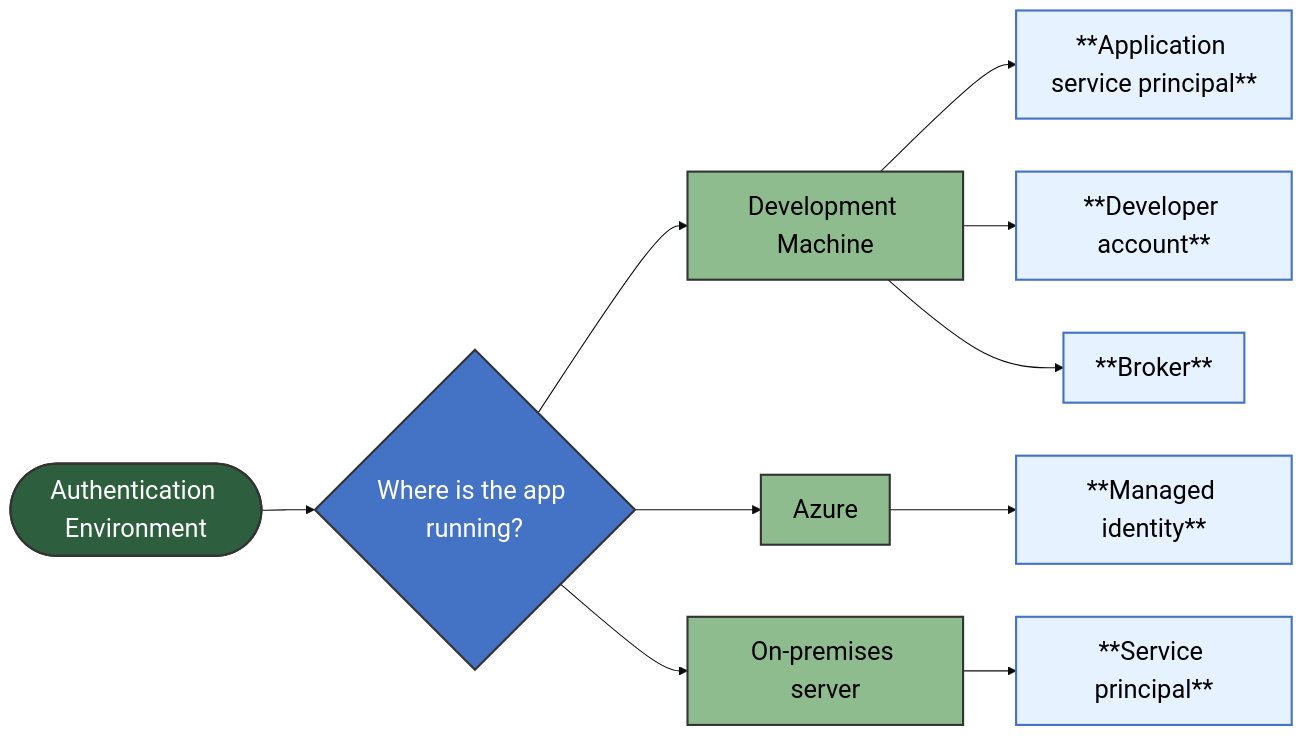
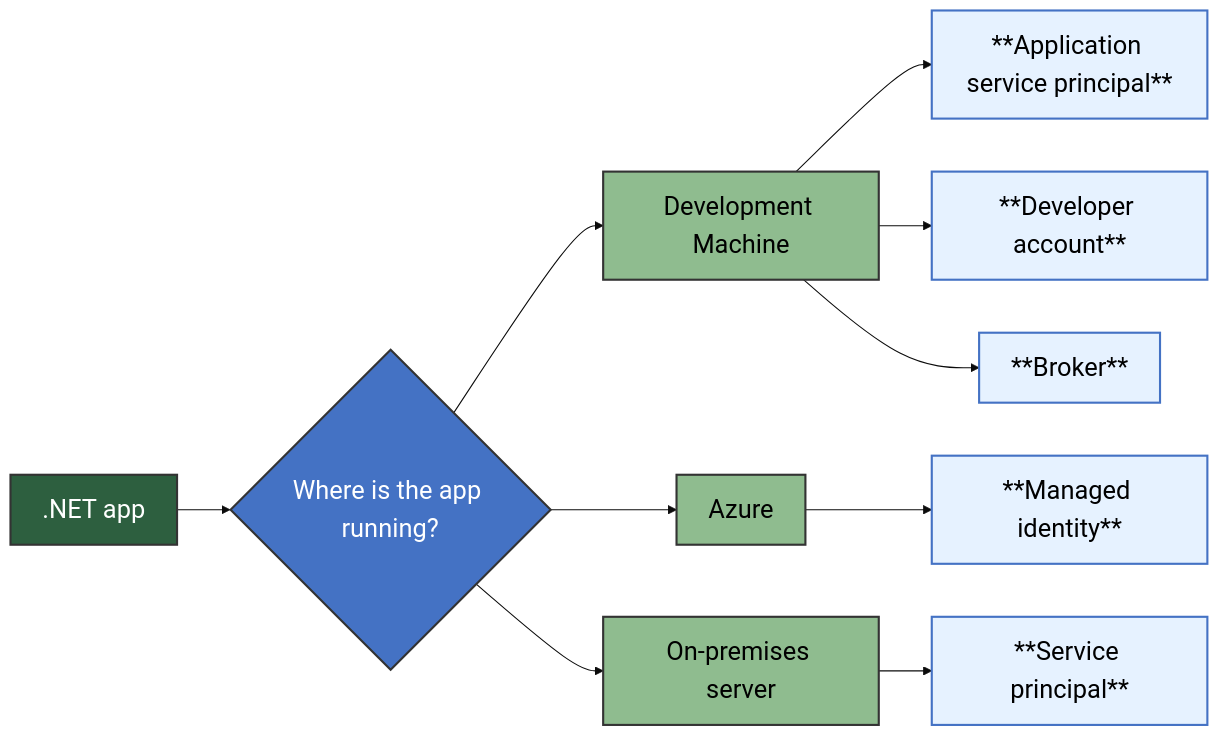
One commit to dotnet/docs changed the diagram in docs/azure/sdk/media/mermaidjs/authentication-environments.md. Above: the diagram before and after it, drawn with Mermaid. The commit also changed 4 other files, not shown here.

Commit message:
diagram fixes

````diff
--- a/docs/azure/sdk/media/mermaidjs/authentication-environments.md
+++ b/docs/azure/sdk/media/mermaidjs/authentication-environments.md
@@ -6,33 +6,42 @@
 ```mermaid
+%% STEPS TO GENERATE IMAGE 
+%% ======================= 
+%% 1. Install mermaid CLI v10.9.1 (see https://github.com/mermaid-js/mermaid-cli/blob/master/README.md): 
+%%    npm i -g @mermaid-js/mermaid-cli@10.9.1 
+%% 2. Run command: mmdc -i authentication-environments.md -o ../../media/mermaidjs/authentication-environments.svg 
+
 %%{init: {'theme':'base', 'themeVariables': { 'primaryColor': '#fff', 'edgeLabelBackground':'#fff', 'fontSize': '24px'}}}%%
 flowchart LR
-    Start([Authentication Environment]) --> Q1{Where is the app running?}
+    NetApp[".NET app"]
+    Q1{Where is the app running?}
+    
+    NetApp --> Q1
     
     %% Local Development Machine Branch
     Q1 --> LocalDev[Development Machine]
     LocalDev --> AppSP["**Application service principal**"]
     LocalDev --> DevAccount["**Developer account**"]
     LocalDev --> Broker["**Broker**"]
     
     %% Azure Branch
     Q1 --> AzureApp[Azure]
     AzureApp --> ManagedId["**Managed identity**"]
     
     %% On-premises Server Branch
     Q1 --> OnPremApp[On-premises server]
     OnPremApp --> ServicePrincipal["**Service principal**"]
 
     %% Styling
     classDef questionBox fill:#4472C4,stroke:#333,stroke-width:2px,color:#fff,font-size:24px
     classDef authMethod fill:#e6f2ff,stroke:#4472C4,stroke-width:2px,color:#000,font-size:24px
+    classDef envNode fill:#8fbc8f,stroke:#333,stroke-width:2px,color:#000,font-size:24px
     classDef startNode fill:#2d5f3f,stroke:#333,stroke-width:2px,color:#fff,font-size:24px
-    classDef envNode fill:#8fbc8f,stroke:#333,stroke-width:2px,color:#000,font-size:24px
     
     %% Edge label styling
     linkStyle default font-size:24px
     
-    class Start startNode
+    class NetApp startNode
     class Q1 questionBox
     class AppSP,DevAccount,Broker,ManagedId,ServicePrincipal authMethod
     class LocalDev,AzureApp,OnPremApp envNode
 ```
````
